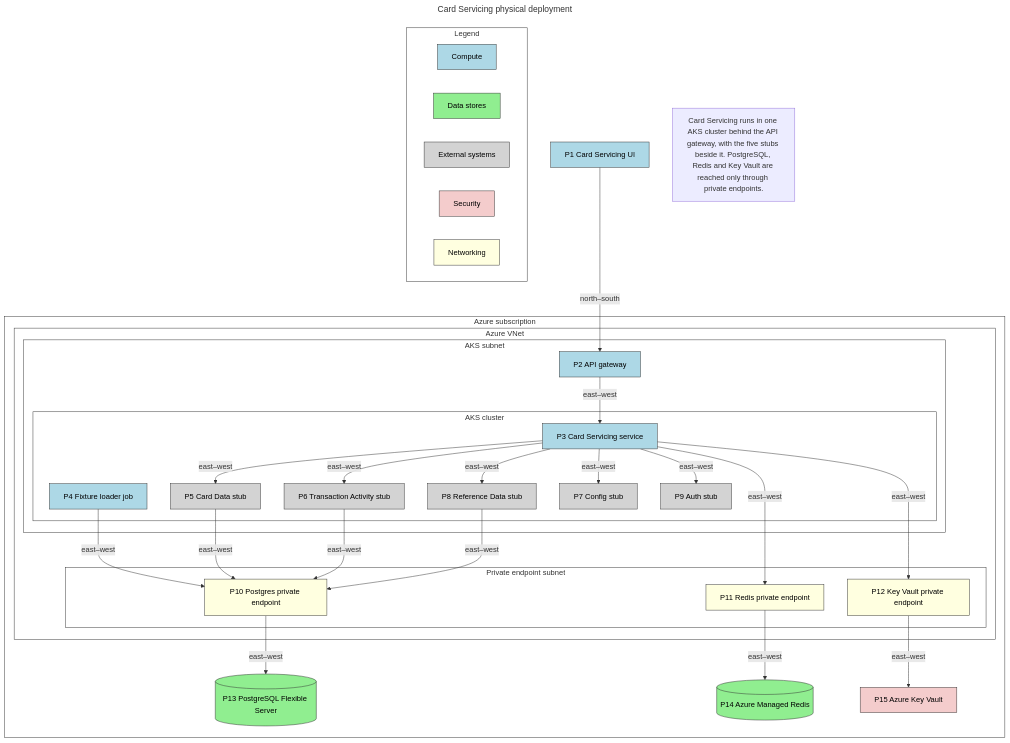
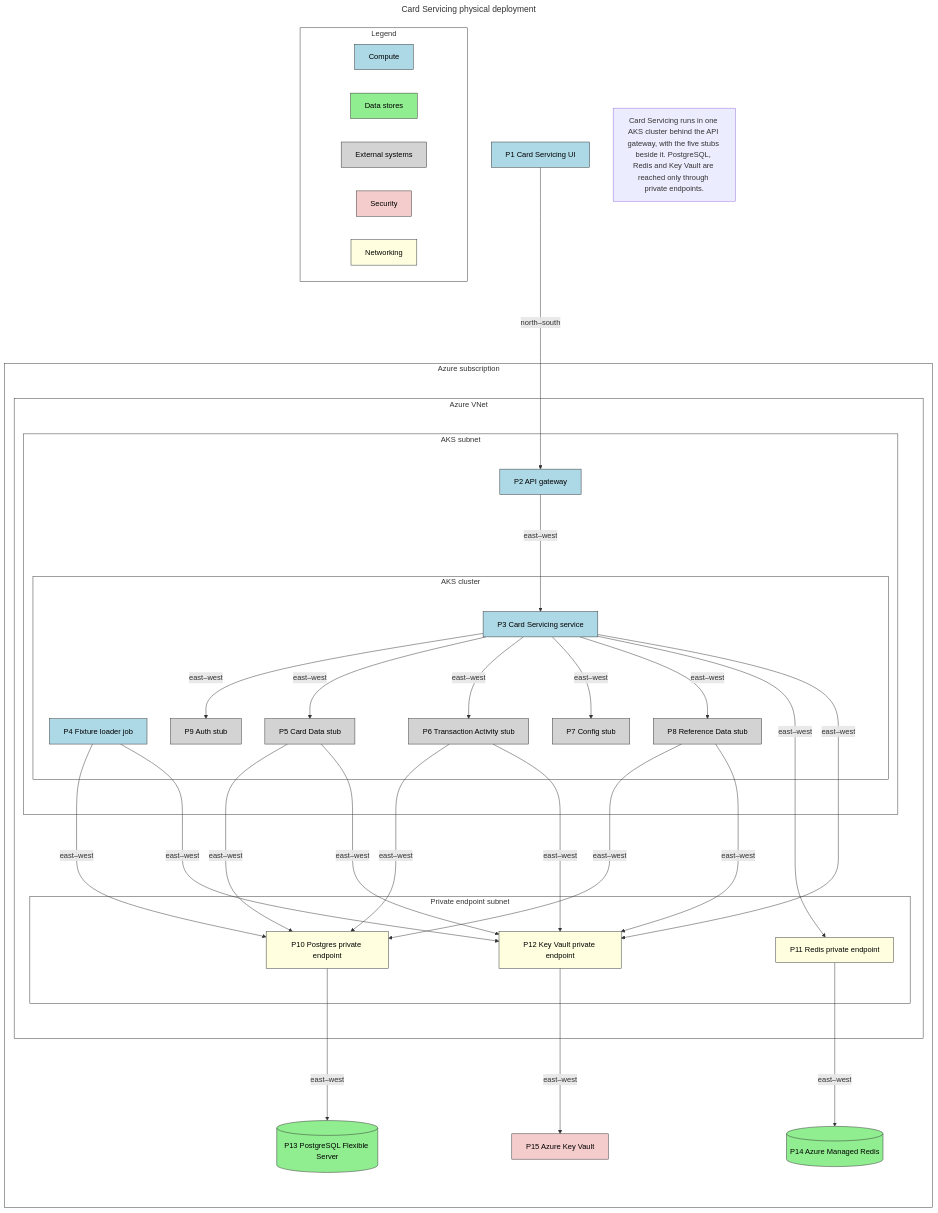
Before and after one commit to blitzy-public-samples/aws-carddemo-blitzy: the diagram in docs/architecture/physical-deployment.mmd, drawn with Mermaid. The commit also changed 2 other files, not shown here.

Commit message:
Draw every Key Vault consumer in the physical deployment view
- docs/architecture/physical-deployment.mmd: add east–west edges to the
  Key Vault private endpoint from the fixture loader and the Card Data,
  Transaction Activity and Reference Data stubs, so the physical view
  matches the logical and security views and the environment-variable
  table. Add rankSpacing to the frontmatter and declare the
  service-to-Auth edge first, so no edge crosses an unrelated node or a
  cluster title.
- docs/technical-requirements.md: the P4, P5, P6 and P8 keys now state
  that each component reads its database secret through the Key Vault
  private endpoint, and P12 names every consumer of that endpoint.
- CS-12-004: the shared topology now names the service pods, the
  database-reading stub pods and the fixture loader job as the
  components that reach the vault through its private endpoint.

```diff
--- a/docs/architecture/physical-deployment.mmd
+++ b/docs/architecture/physical-deployment.mmd
@@ -1,75 +1,82 @@
 ---
 title: Card Servicing physical deployment
+config:
+  flowchart:
+    rankSpacing: 150
 ---
 flowchart TB
     CardServicingUi["P1 Card Servicing UI"]
 
     subgraph AzureSubscription["Azure subscription"]
         subgraph AzureVNet["Azure VNet"]
             subgraph AksSubnet["AKS subnet"]
                 ApiGateway["P2 API gateway"]
                 subgraph AzureAKS["AKS cluster"]
                     CardServicingService["P3 Card Servicing service"]
                     FixtureLoader["P4 Fixture loader job"]
                     CardDataService["P5 Card Data stub"]
                     TransactionActivityService["P6 Transaction Activity stub"]
                     ReferenceDataService["P8 Reference Data stub"]
                     ConfigService["P7 Config stub"]
                     AuthService["P9 Auth stub"]
                 end
             end
             subgraph PepSubnet["Private endpoint subnet"]
                 PepPostgres["P10 Postgres private endpoint"]
                 PepRedis["P11 Redis private endpoint"]
                 PepKeyVault["P12 Key Vault private endpoint"]
             end
         end
         AzurePostgres[("P13 PostgreSQL Flexible Server")]
         AzureManagedRedis[("P14 Azure Managed Redis")]
         AzureKeyVault["P15 Azure Key Vault"]
     end
 
     subgraph Legend["Legend"]
         LegendCompute["Compute"]
         LegendDataStores["Data stores"]
         LegendExternal["External systems"]
         LegendSecurity["Security"]
         LegendNetworking["Networking"]
     end
 
     CardServicingUi -->|north–south| ApiGateway
     ApiGateway -->|east–west| CardServicingService
+    CardServicingService -->|east–west| AuthService
     CardServicingService -->|east–west| CardDataService
     CardServicingService -->|east–west| TransactionActivityService
     CardServicingService -->|east–west| ConfigService
     CardServicingService -->|east–west| ReferenceDataService
-    CardServicingService -->|east–west| AuthService
     CardServicingService -->|east–west| PepRedis
     CardServicingService -->|east–west| PepKeyVault
     FixtureLoader -->|east–west| PepPostgres
+    FixtureLoader -->|east–west| PepKeyVault
     CardDataService -->|east–west| PepPostgres
+    CardDataService -->|east–west| PepKeyVault
     TransactionActivityService -->|east–west| PepPostgres
+    TransactionActivityService -->|east–west| PepKeyVault
     ReferenceDataService -->|east–west| PepPostgres
+    ReferenceDataService -->|east–west| PepKeyVault
     PepPostgres -->|east–west| AzurePostgres
     PepRedis -->|east–west| AzureManagedRedis
     PepKeyVault -->|east–west| AzureKeyVault
 
     classDef compute fill:#add8e6,stroke:#333333,color:#000000
     classDef datastore fill:#90ee90,stroke:#333333,color:#000000
     classDef external fill:#d3d3d3,stroke:#333333,color:#000000
     classDef security fill:#f4cccc,stroke:#333333,color:#000000
     classDef networking fill:#ffffe0,stroke:#333333,color:#000000
 
     class CardServicingUi,ApiGateway,CardServicingService,FixtureLoader,LegendCompute compute
     class AzurePostgres,AzureManagedRedis,LegendDataStores datastore
     class CardDataService,TransactionActivityService,ConfigService,ReferenceDataService,AuthService,LegendExternal external
     class AzureKeyVault,LegendSecurity security
     class PepPostgres,PepRedis,PepKeyVault,LegendNetworking networking
 
     style AzureSubscription fill:#ffffff,stroke:#333333
     style AzureVNet fill:#ffffff,stroke:#333333
     style AksSubnet fill:#ffffff,stroke:#333333
     style AzureAKS fill:#ffffff,stroke:#333333
     style PepSubnet fill:#ffffff,stroke:#333333
     style Legend fill:#ffffff,stroke:#333333
     Description["Card Servicing runs in one AKS cluster behind the API gateway, with the five stubs beside it. PostgreSQL, Redis and Key Vault are reached only through private endpoints."]
```
